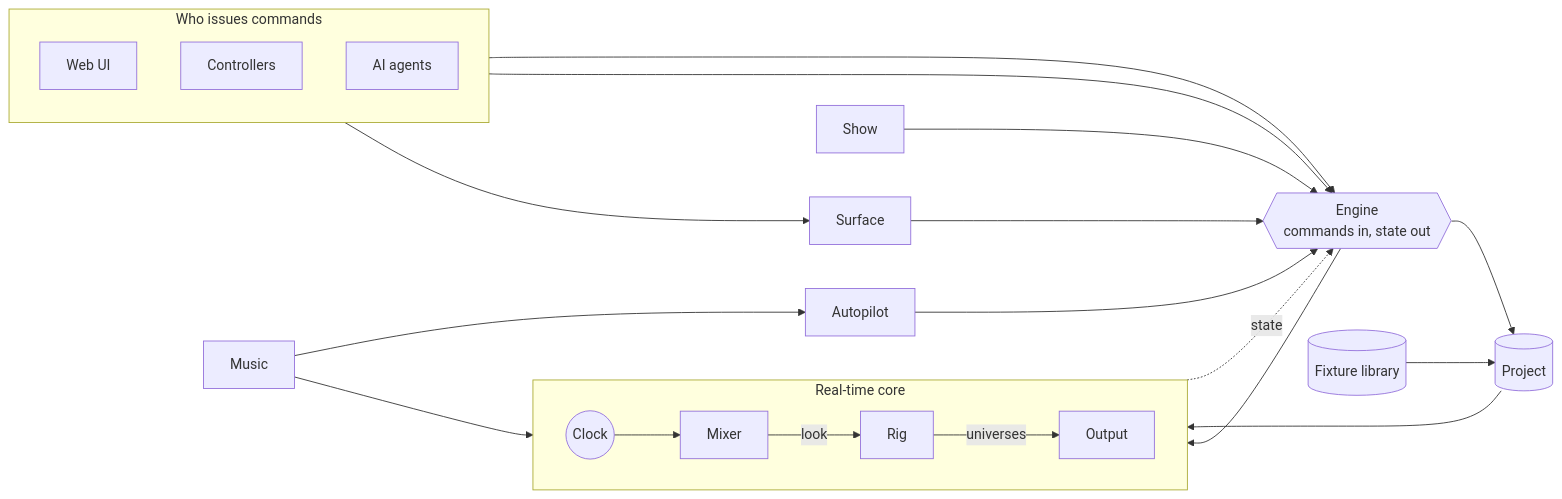
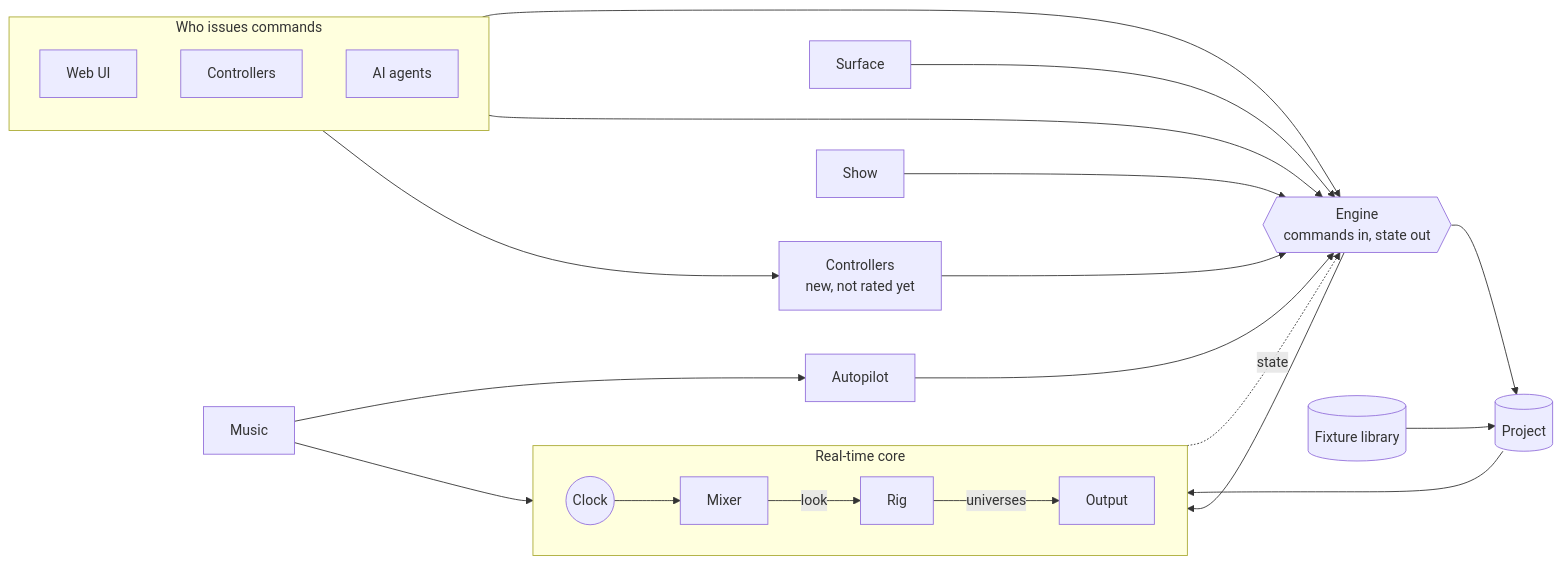
One commit to abossard/bossylights changed the first of 4 diagrams in docs/design/modules.md. Above: the diagram before and after it, drawn with Mermaid. The commit also changed other lines of this file and 2 other files, not shown here.

Commit message:
docs: review 2: Console running panel, one recorded row, autopilot under Looks, Controllers module

````diff
--- a/docs/design/modules.md
+++ b/docs/design/modules.md
@@ -25,40 +25,42 @@
 ```mermaid
 flowchart LR
   subgraph writers["Who issues commands"]
     direction TB
     UI["Web UI"]
     HW["Controllers"]
     AG["AI agents"]
   end
 
   SURF["Surface"]
+  CTRL["Controllers<br/>new, not rated yet"]
   DOOR{{"Engine<br/>commands in, state out"}}
   SHOW["Show"]
   AUTO["Autopilot"]
   MUSIC["Music"]
   PROJ[("Project")]
   LIB[("Fixture library")]
 
   subgraph rt["Real-time core"]
     direction LR
     CLOCK(("Clock"))
     MIX["Mixer"]
     RIG["Rig"]
     OUT["Output"]
   end
 
   UI --> DOOR
   AG --> DOOR
-  HW --> SURF --> DOOR
+  HW --> CTRL --> DOOR
+  SURF --> DOOR
   SHOW --> DOOR
   AUTO --> DOOR
   MUSIC --> AUTO
   MUSIC --> CLOCK
   DOOR --> MIX
   DOOR --> PROJ
   LIB --> PROJ
   PROJ --> MIX
   CLOCK --> MIX
   MIX -- "look" --> RIG -- "universes" --> OUT
   MIX -. "state" .-> DOOR
 ```
````
